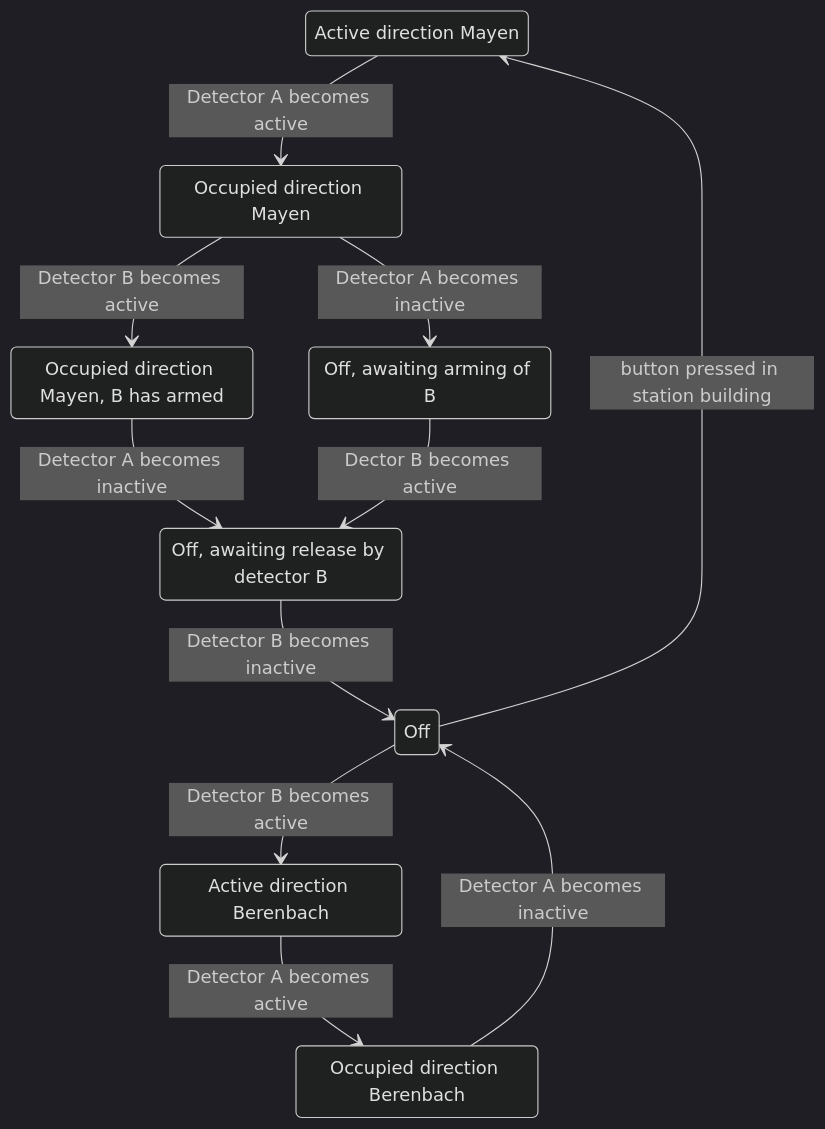
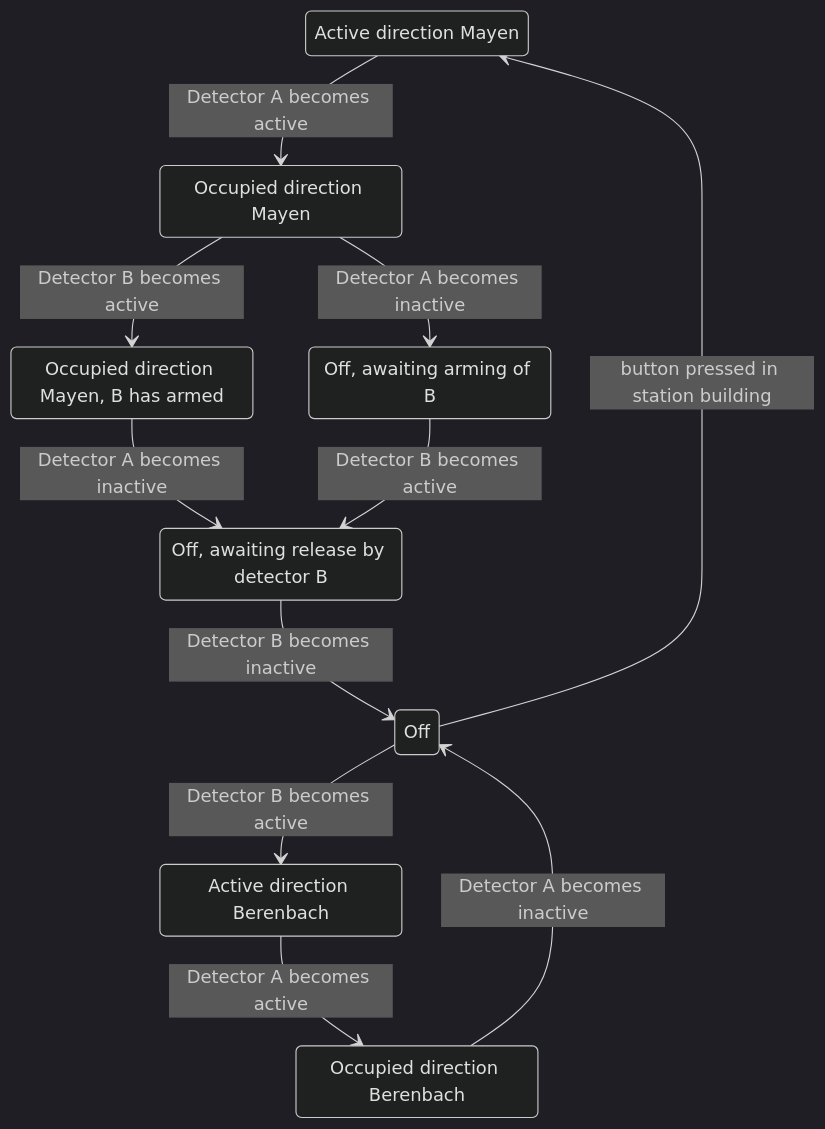
Before and after one commit to reinout/reinout-arduino: the diagram in levelcrossings/berenbach/states.md, drawn with Mermaid (dark theme).

Commit message:
typo fix

````diff
--- a/levelcrossings/berenbach/states.md
+++ b/levelcrossings/berenbach/states.md
@@ -10,23 +10,23 @@
 ```mermaid
 stateDiagram-v2
     m1: Active direction Mayen
     m2: Occupied direction Mayen
     m3a: Occupied direction Mayen, B has armed
     m3b: Off, awaiting arming of B
 	m3c: Off, awaiting release by detector B
     b1: Active direction Berenbach
     b2: Occupied direction Berenbach
 
     Off --> m1: button pressed in station building
     m1 --> m2: Detector A becomes active
 	m2 --> m3a: Detector B becomes active
     m3a --> m3c: Detector A becomes inactive
 	m2 --> m3b: Detector A becomes inactive
-    m3b --> m3c: Dector B becomes active
+    m3b --> m3c: Detector B becomes active
 	m3c --> Off: Detector B becomes inactive
 
 	Off --> b1: Detector B becomes active
 	b1 --> b2: Detector A becomes active
 	b2 --> Off: Detector A becomes inactive
 
 ```
````
